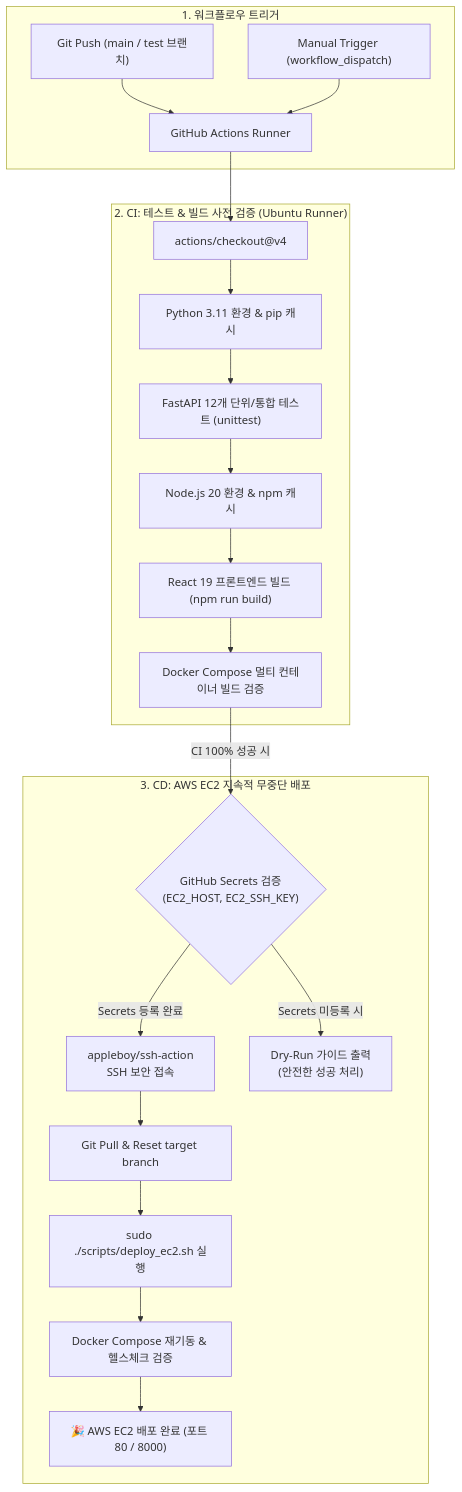
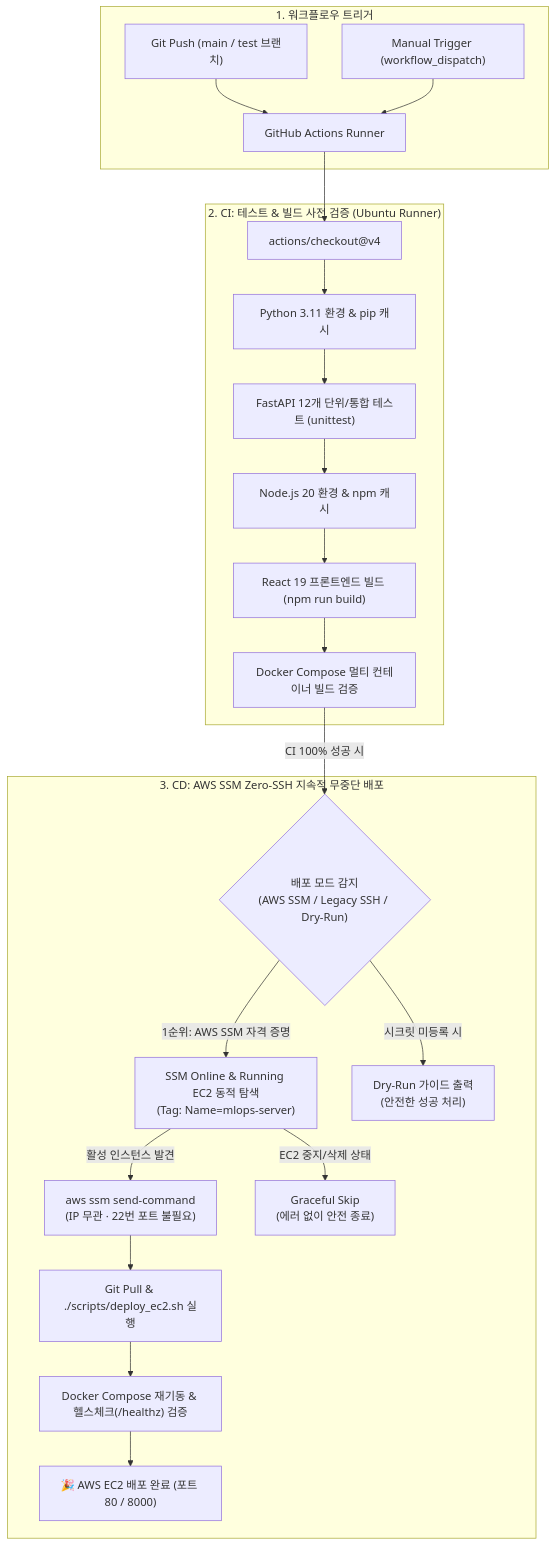
One commit to YSU-CloudMLOps/cloud-mlops changed the diagram in notes/10주차.md. Above: the diagram before and after it, drawn with Mermaid. The commit also changed other lines of this file and 3 other files, not shown here.

First line of the commit message:
feat: AWS SSM Run Command 기반 Zero-SSH / IP 무관 동적 CI/CD 배포 아키텍처 적용

````diff
--- a/notes/10주차.md
+++ b/notes/10주차.md
@@ -91,26 +91,27 @@
 ```mermaid
 flowchart TD
     subgraph Trigger["1. 워크플로우 트리거"]
         A["Git Push (main / test 브랜치)"] --> C["GitHub Actions Runner"]
         B["Manual Trigger (workflow_dispatch)"] --> C
     end
 
     subgraph CI["2. CI: 테스트 & 빌드 사전 검증 (Ubuntu Runner)"]
         C --> D["actions/checkout@v4"]
         D --> E["Python 3.11 환경 & pip 캐시"]
         E --> F["FastAPI 12개 단위/통합 테스트 (unittest)"]
         F --> G["Node.js 20 환경 & npm 캐시"]
         G --> H["React 19 프론트엔드 빌드 (npm run build)"]
         H --> I["Docker Compose 멀티 컨테이너 빌드 검증"]
     end
 
-    subgraph CD["3. CD: AWS EC2 지속적 무중단 배포"]
-        I -->|"CI 100% 성공 시"| J{"GitHub Secrets 검증<br/>(EC2_HOST, EC2_SSH_KEY)"}
-        J -->|"Secrets 등록 완료"| K["appleboy/ssh-action<br/>SSH 보안 접속"]
-        J -->|"Secrets 미등록 시"| L["Dry-Run 가이드 출력<br/>(안전한 성공 처리)"]
-        K --> M["Git Pull & Reset target branch"]
-        M --> N["sudo ./scripts/deploy_ec2.sh 실행"]
-        N --> O["Docker Compose 재기동 & 헬스체크 검증"]
+    subgraph CD["3. CD: AWS SSM Zero-SSH 지속적 무중단 배포"]
+        I -->|"CI 100% 성공 시"| J{"배포 모드 감지<br/>(AWS SSM / Legacy SSH / Dry-Run)"}
+        J -->|"1순위: AWS SSM 자격 증명"| K["SSM Online & Running EC2 동적 탐색<br/>(Tag: Name=mlops-server)"]
+        J -->|"시크릿 미등록 시"| L["Dry-Run 가이드 출력<br/>(안전한 성공 처리)"]
+        K -->|"활성 인스턴스 발견"| M["aws ssm send-command<br/>(IP 무관 · 22번 포트 불필요)"]
+        K -->|"EC2 중지/삭제 상태"| L2["Graceful Skip<br/>(에러 없이 안전 종료)"]
+        M --> N["Git Pull & ./scripts/deploy_ec2.sh 실행"]
+        N --> O["Docker Compose 재기동 & 헬스체크(/healthz) 검증"]
         O --> P["🎉 AWS EC2 배포 완료 (포트 80 / 8000)"]
     end
 ```
````
